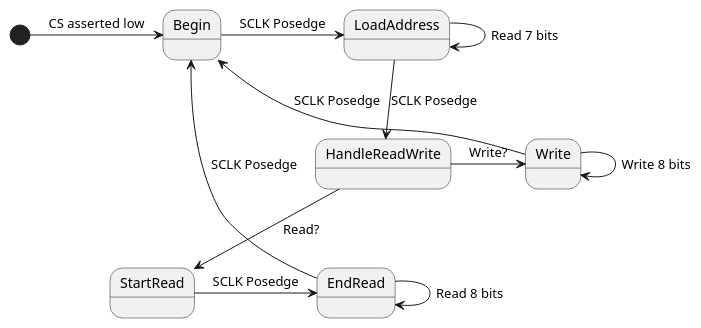
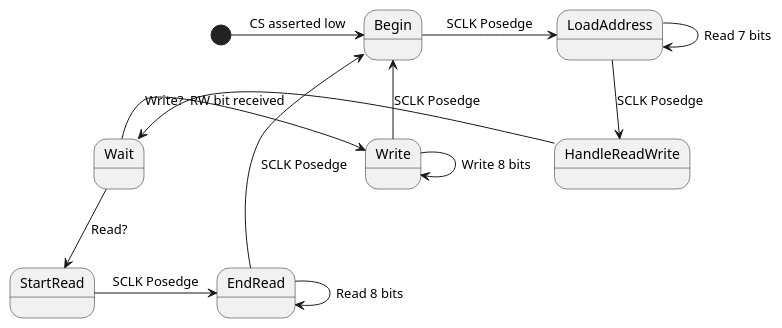
Before and after one commit to concavegit/SPI: the diagram in res/fsm.plantuml, drawn with PlantUML. The commit also changed 1 other file, not shown here.

```diff
--- a/res/fsm.plantuml
+++ b/res/fsm.plantuml
@@ -1,13 +1,14 @@
 @startuml
 [*] -> Begin : CS asserted low
 Begin -> LoadAddress : SCLK Posedge
 LoadAddress -> LoadAddress : Read 7 bits
 LoadAddress --> HandleReadWrite : SCLK Posedge
-HandleReadWrite --> StartRead : Read?
+HandleReadWrite -> Wait : RW bit received
+Wait --> StartRead : Read?
 StartRead -> EndRead : SCLK Posedge
-HandleReadWrite -> Write : Write?
+Wait -> Write : Write?
 Write -> Write : Write 8 bits
 EndRead --> Begin : SCLK Posedge
 EndRead -> EndRead : Read 8 bits
 Write --> Begin : SCLK Posedge
 @enduml
```
